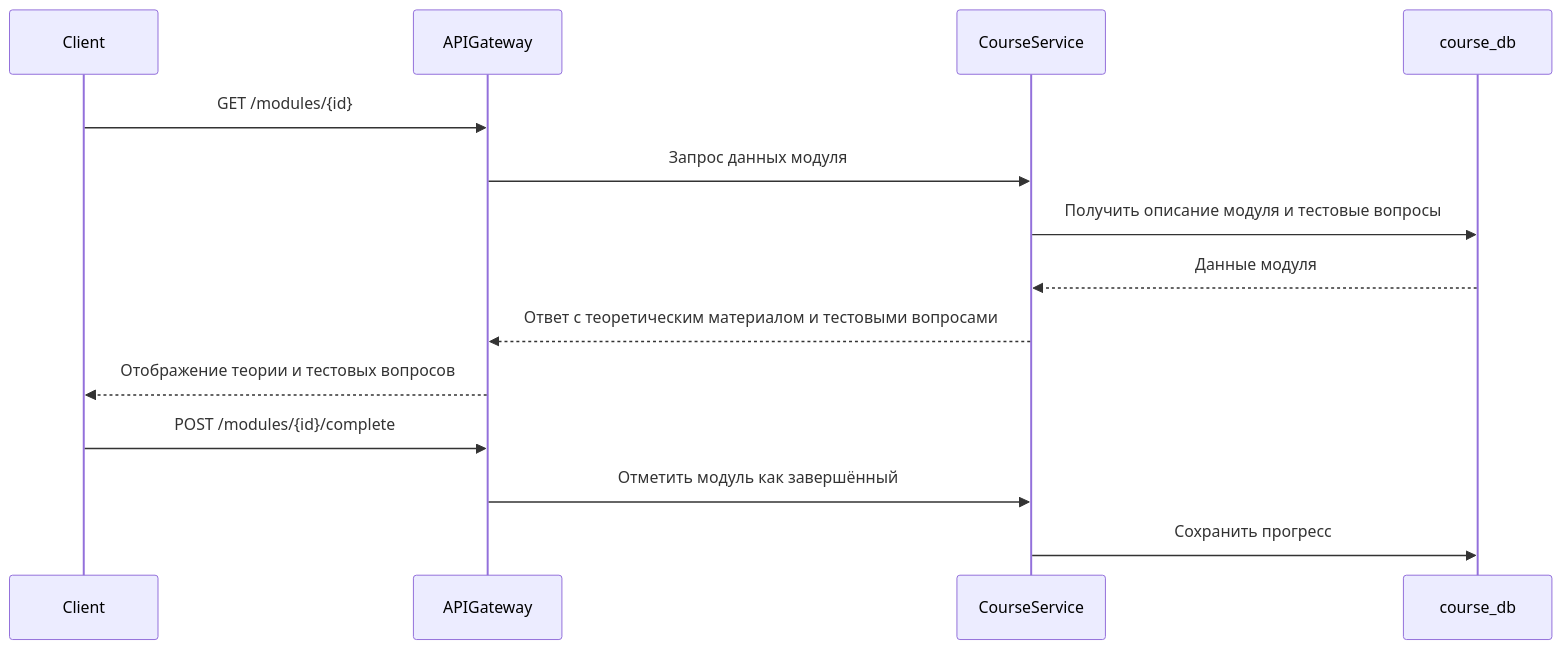
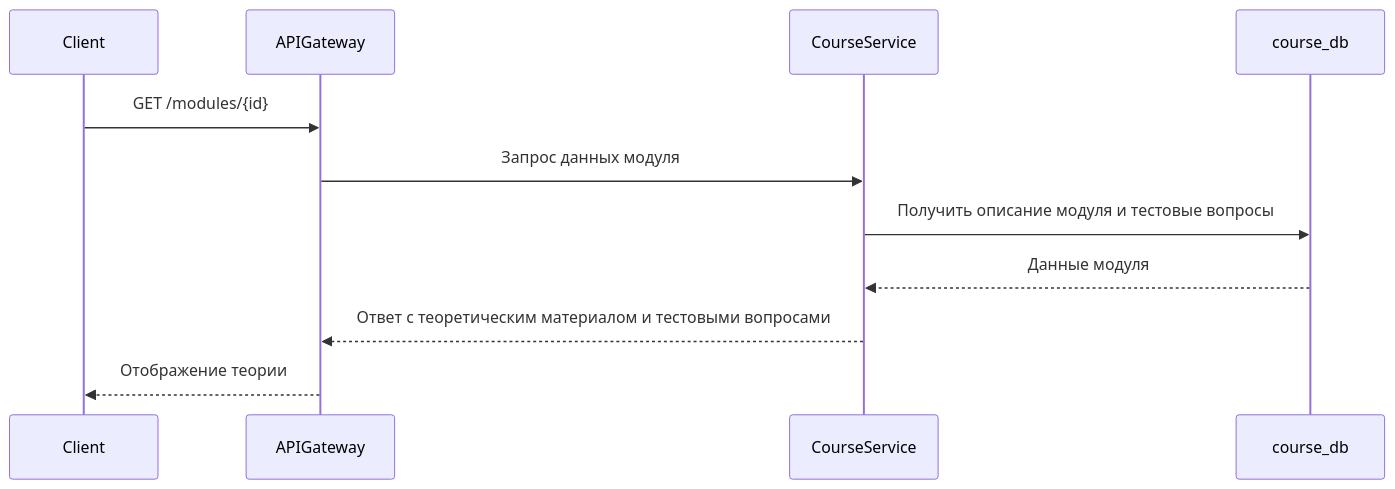
The second of 3 diagrams in docs/tr.md (spbu-ds-practicum-2025/micro-rest), drawn with Mermaid before and after one commit. The commit also changed other lines of this file, not shown here.

````diff
--- a/docs/tr.md
+++ b/docs/tr.md
@@ -119,18 +117,15 @@
 ```mermaid
 sequenceDiagram
 participant Client
 participant APIGateway
 participant CourseService
 participant CourseDB as course_db
 
 
 Client->>APIGateway: GET /modules/{id}
 APIGateway->>CourseService: Запрос данных модуля
 CourseService->>CourseDB: Получить описание модуля и тестовые вопросы
 CourseDB-->>CourseService: Данные модуля
 CourseService-->>APIGateway: Ответ с теоретическим материалом и тестовыми вопросами
-APIGateway-->>Client: Отображение теории и тестовых вопросов
-Client->>APIGateway: POST /modules/{id}/complete
-APIGateway->>CourseService: Отметить модуль как завершённый
-CourseService->>CourseDB: Сохранить прогресс
+APIGateway-->>Client: Отображение теории
 ```
````
